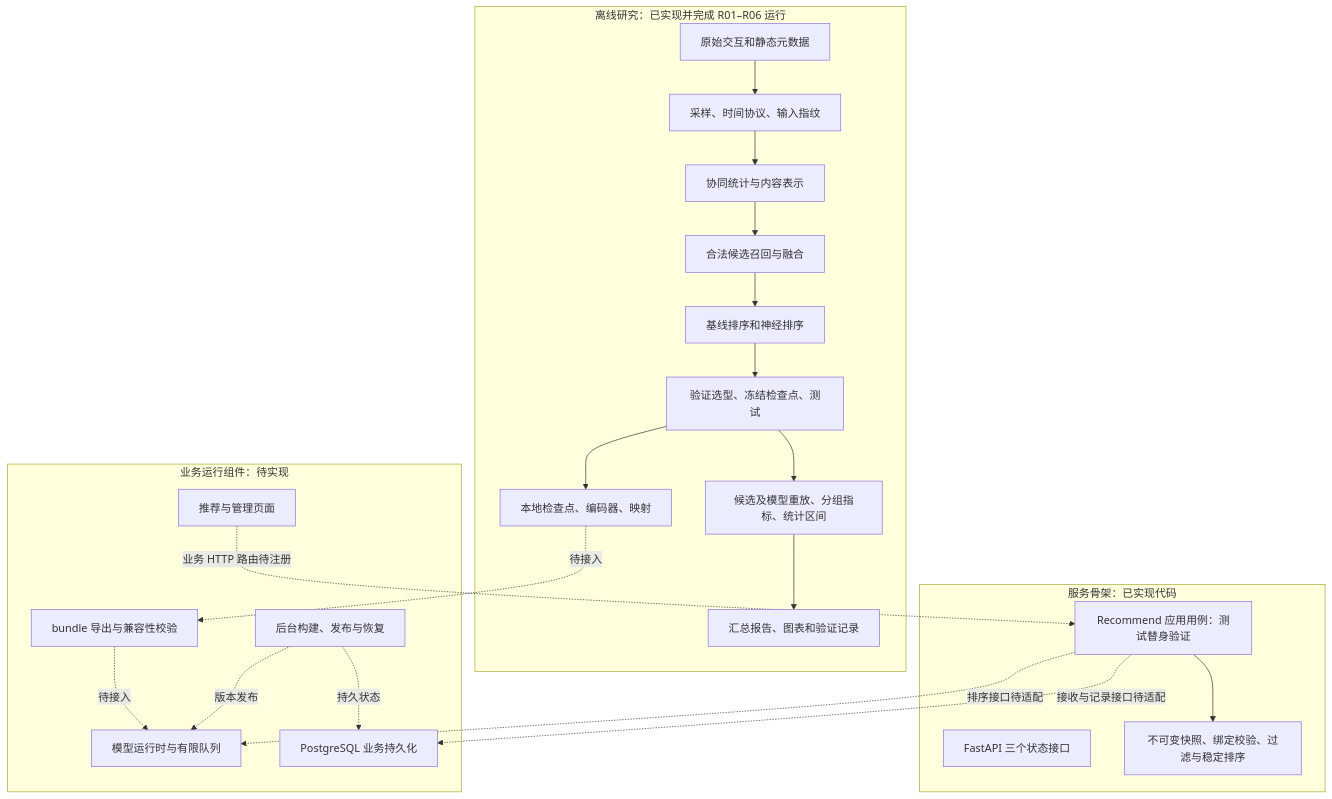
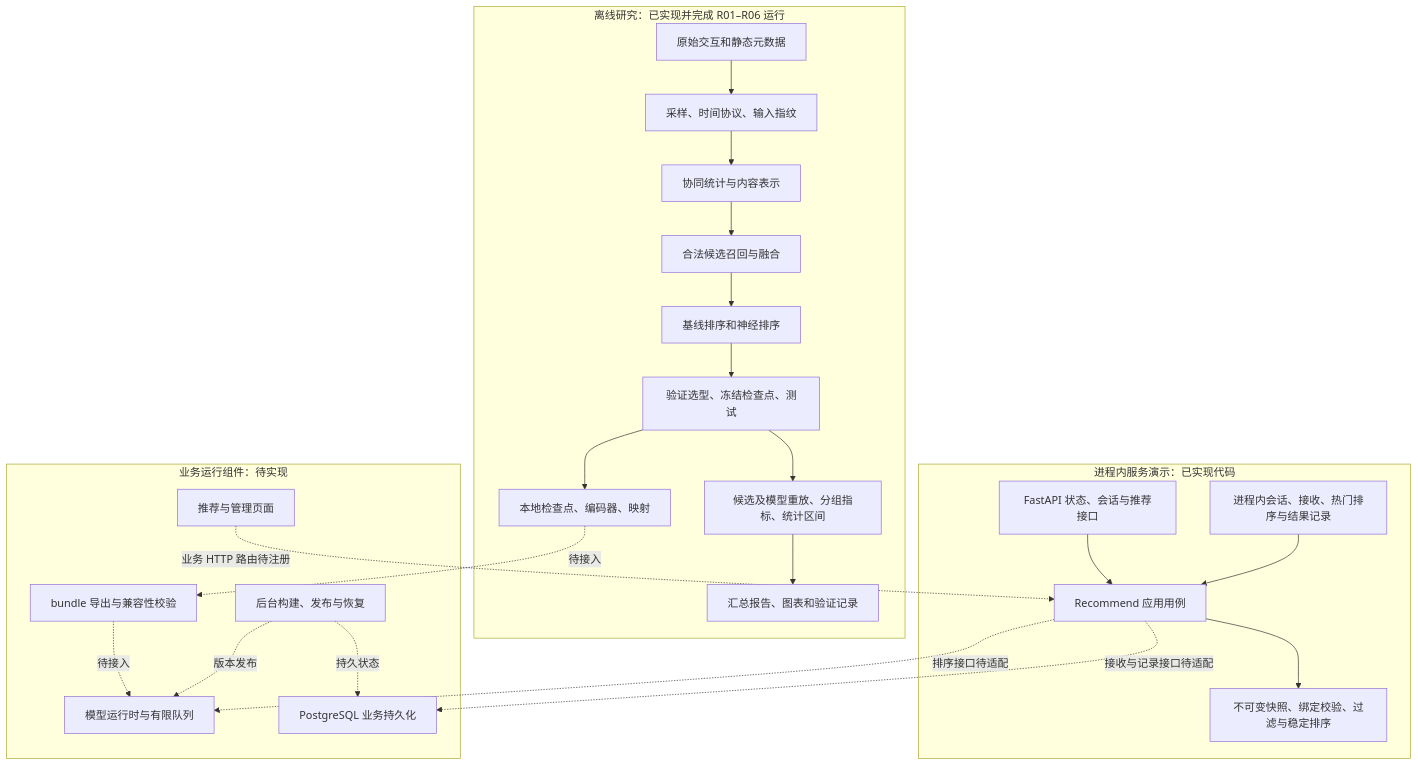
The first of 3 diagrams in docs/10-architecture-and-implementation.md (Die4U23/EvoRec), drawn with Mermaid before and after one commit. The commit also changed other lines of this file and 17 other files, not shown here.

```diff
--- a/docs/10-architecture-and-implementation.md
+++ b/docs/10-architecture-and-implementation.md
@@ -53,33 +53,36 @@
 ~~~mermaid
 flowchart TB
   subgraph Offline["离线研究：已实现并完成 R01–R06 运行"]
     Data["原始交互和静态元数据"] --> Protocol["采样、时间协议、输入指纹"]
     Protocol --> Features["协同统计与内容表示"]
     Features --> Recall["合法候选召回与融合"]
     Recall --> Rank["基线排序和神经排序"]
     Rank --> Select["验证选型、冻结检查点、测试"]
     Select --> Audit["候选及模型重放、分组指标、统计区间"]
     Audit --> Report["汇总报告、图表和验证记录"]
     Select --> Files["本地检查点、编码器、映射"]
   end
-  subgraph Skeleton["服务骨架：已实现代码"]
-    API["FastAPI 三个状态接口"]
-    UseCase["Recommend 应用用例：测试替身验证"]
+  subgraph Skeleton["进程内服务演示：已实现代码"]
+    API["FastAPI 状态、会话与推荐接口"]
+    UseCase["Recommend 应用用例"]
     Rules["不可变快照、绑定校验、过滤与稳定排序"]
+    Memory["进程内会话、接收、热门排序与结果记录"]
+    API --> UseCase
     UseCase --> Rules
+    Memory --> UseCase
   end
   subgraph Planned["业务运行组件：待实现"]
     Export["bundle 导出与兼容性校验"]
     Runtime["模型运行时与有限队列"]
     DB["PostgreSQL 业务持久化"]
     Publish["后台构建、发布与恢复"]
     Web["推荐与管理页面"]
   end
   Files -. "待接入" .-> Export
   Export -. "待接入" .-> Runtime
   UseCase -. "排序接口待适配" .-> Runtime
   UseCase -. "接收与记录接口待适配" .-> DB
   Publish -. "版本发布" .-> Runtime
   Publish -. "持久状态" .-> DB
   Web -. "业务 HTTP 路由待注册" .-> UseCase
 ~~~
```
